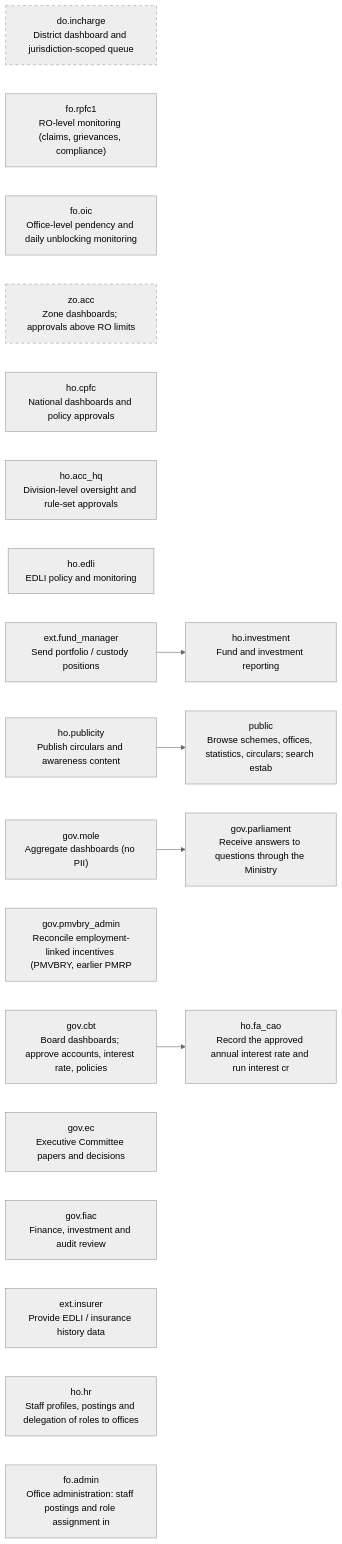
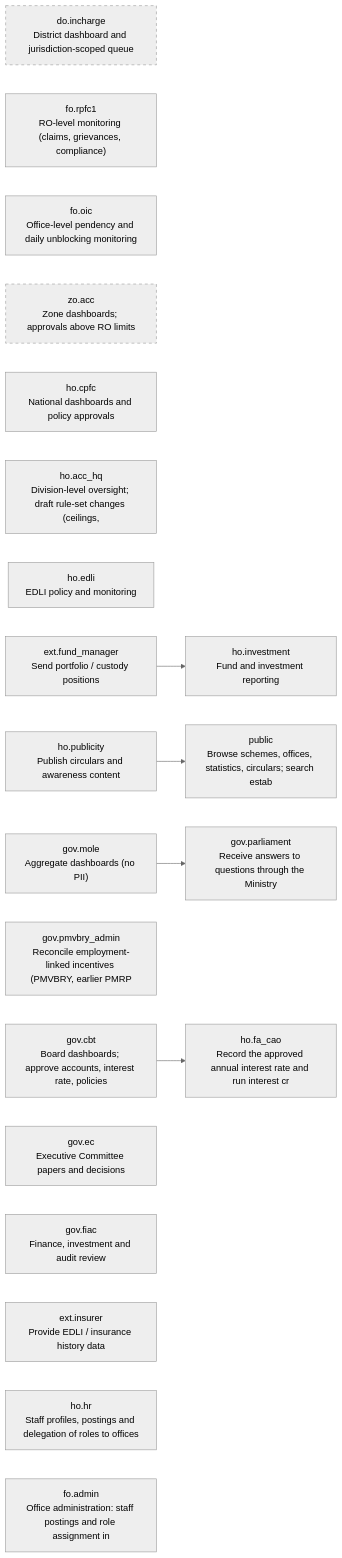
One commit to gauravmeena0708/pf-life changed diagram 13 of 14 in docs/stakeholder-api-sets.md. Above: the diagram before and after it, drawn with Mermaid (neutral theme). The commit also changed other lines of this file and 29 other files, not shown here.

````diff
--- a/docs/stakeholder-api-sets.md
+++ b/docs/stakeholder-api-sets.md
@@ -1768,30 +1779,30 @@
 ```mermaid
 flowchart LR
   F13_public["public<br/>Browse schemes, offices, statistics, circulars; search estab"]
   F13_do["do.incharge<br/>District dashboard and jurisdiction-scoped queue"]
   style F13_do stroke-dasharray: 5 5
   F13_ro["fo.rpfc1<br/>RO-level monitoring (claims, grievances, compliance)"]
   F13_oic["fo.oic<br/>Office-level pendency and daily unblocking monitoring"]
   F13_zo["zo.acc<br/>Zone dashboards; approvals above RO limits"]
   style F13_zo stroke-dasharray: 5 5
   F13_cpfc["ho.cpfc<br/>National dashboards and policy approvals"]
-  F13_acc_hq["ho.acc_hq<br/>Division-level oversight and rule-set approvals"]
+  F13_acc_hq["ho.acc_hq<br/>Division-level oversight; draft rule-set changes (ceilings, "]
   F13_divisions["ho.edli<br/>EDLI policy and monitoring"]
   F13_investment["ho.investment<br/>Fund and investment reporting"]
   F13_fund_feed["ext.fund_manager<br/>Send portfolio / custody positions"]
   F13_publicity["ho.publicity<br/>Publish circulars and awareness content"]
   F13_mole["gov.mole<br/>Aggregate dashboards (no PII)"]
   F13_pmvbry["gov.pmvbry_admin<br/>Reconcile employment-linked incentives (PMVBRY, earlier PMRP"]
   F13_parliament["gov.parliament<br/>Receive answers to questions through the Ministry"]
   F13_cbt["gov.cbt<br/>Board dashboards; approve accounts, interest rate, policies"]
   F13_ec["gov.ec<br/>Executive Committee papers and decisions"]
   F13_fiac["gov.fiac<br/>Finance, investment and audit review"]
   F13_insurer["ext.insurer<br/>Provide EDLI / insurance history data"]
   F13_hr["ho.hr<br/>Staff profiles, postings and delegation of roles to offices"]
   F13_admin["fo.admin<br/>Office administration: staff postings and role assignment in"]
   F13_fund_feed --> F13_investment
   F13_publicity --> F13_public
   F13_mole --> F13_parliament
   F03_interest["ho.fa_cao<br/>Record the approved annual interest rate and run interest cr"]
   F13_cbt --> F03_interest
 ```
````
